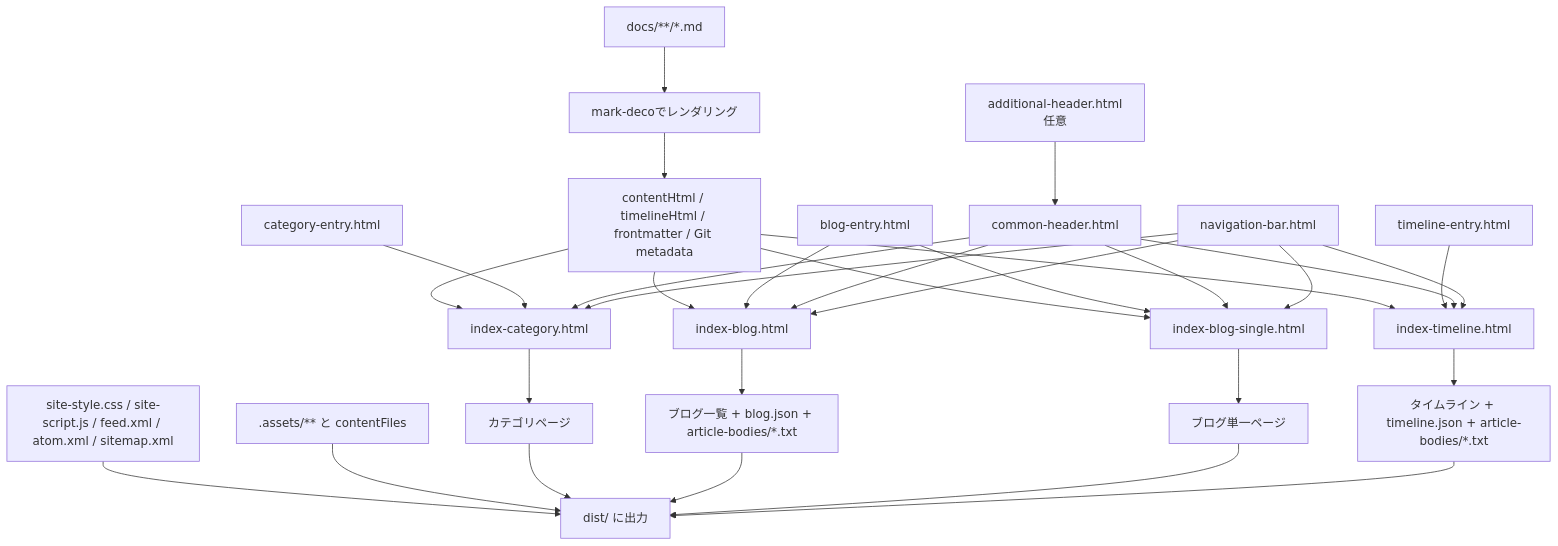
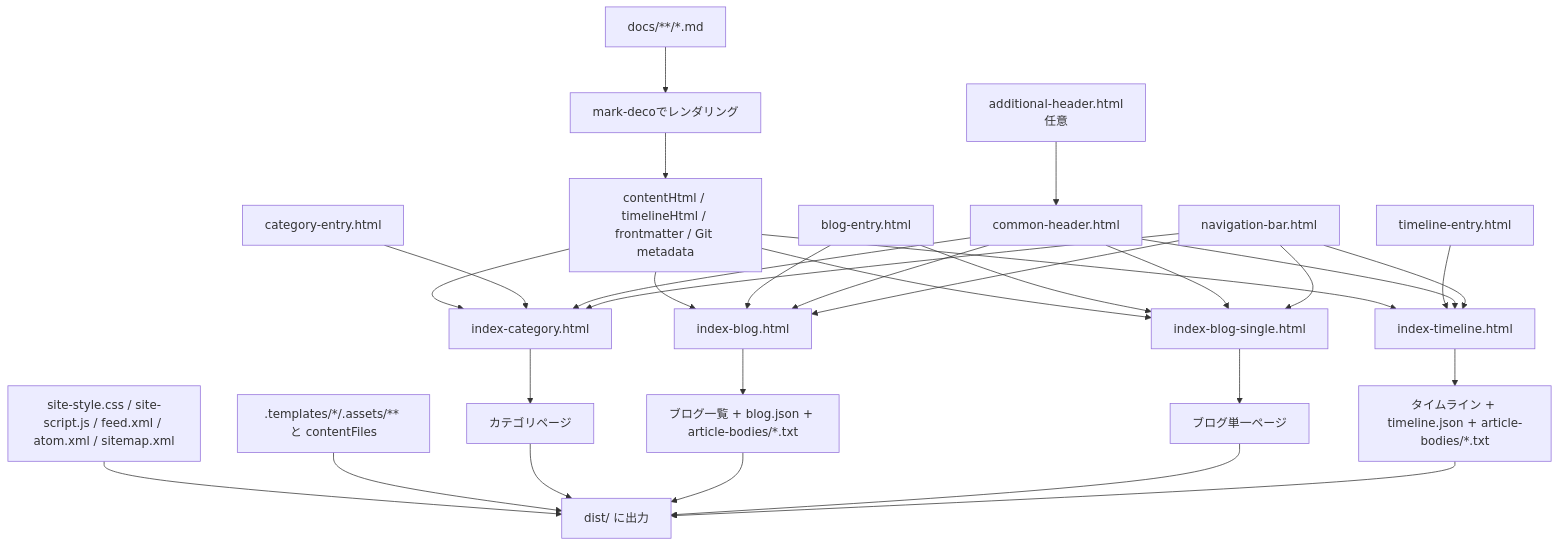
The second of 2 diagrams in README_ja.md (kekyo/a-terra-forge), drawn with Mermaid before and after one commit. The commit also changed other lines of this file and 17 other files, not shown here.

````diff
--- a/README_ja.md
+++ b/README_ja.md
@@ -1043,37 +1044,37 @@
 ```mermaid
 flowchart TD
   A[docs/**/*.md] --> B[mark-decoでレンダリング]
   B --> C[contentHtml / timelineHtml / frontmatter / Git metadata]
 
   C --> D[index-category.html]
   C --> E[index-blog.html]
   C --> F[index-blog-single.html]
   C --> G[index-timeline.html]
 
   H[category-entry.html] --> D
   I[blog-entry.html] --> E
   I --> F
   J[timeline-entry.html] --> G
 
   K[common-header.html] --> D
   K --> E
   K --> F
   K --> G
   L[navigation-bar.html] --> D
   L --> E
   L --> F
   L --> G
   M[additional-header.html<br/>任意] --> K
 
   D --> N[カテゴリページ]
   E --> O[ブログ一覧 + blog.json + article-bodies/*.txt]
   F --> P[ブログ単一ページ]
   G --> Q[タイムライン + timeline.json + article-bodies/*.txt]
 
   R[site-style.css / site-script.js / feed.xml / atom.xml / sitemap.xml] --> S[dist/ に出力]
-  T[.assets/** と contentFiles] --> S
+  T[.templates/*/.assets/** と contentFiles] --> S
   N --> S
   O --> S
   P --> S
   Q --> S
 ```
````
